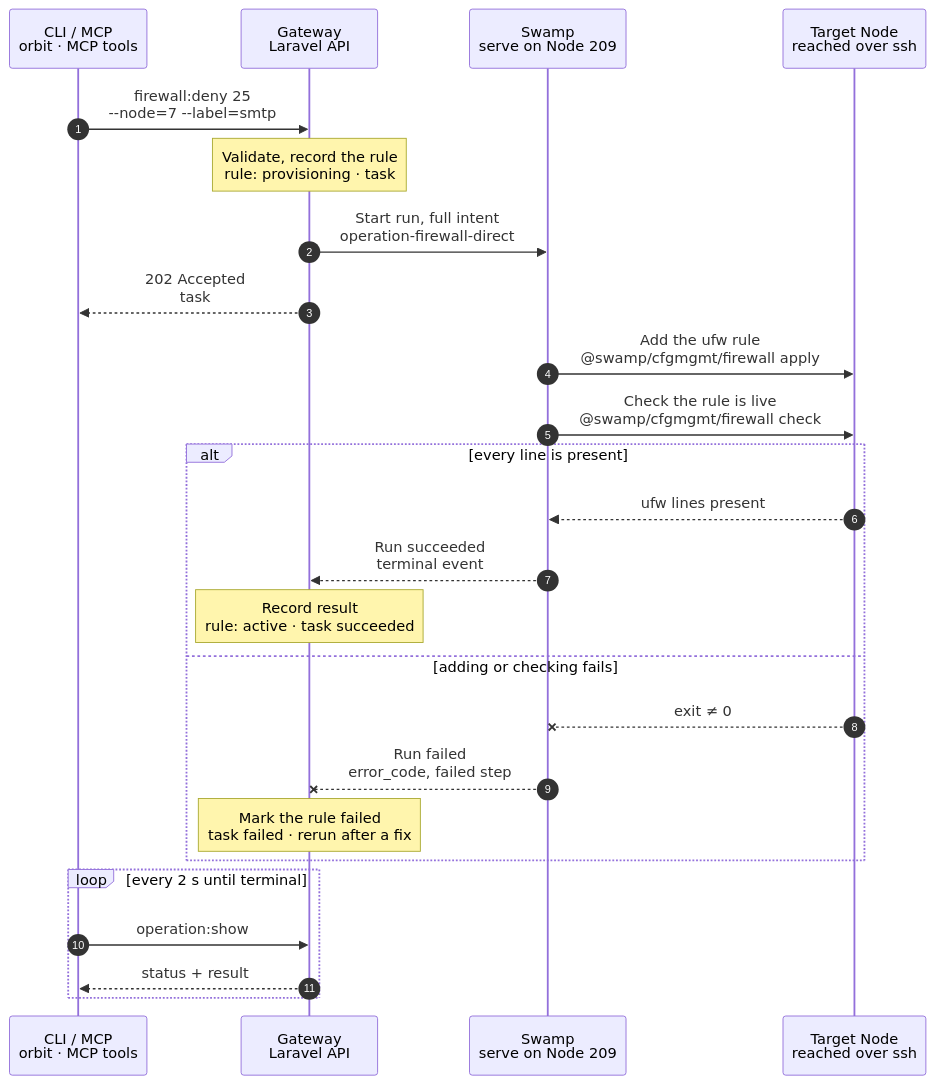
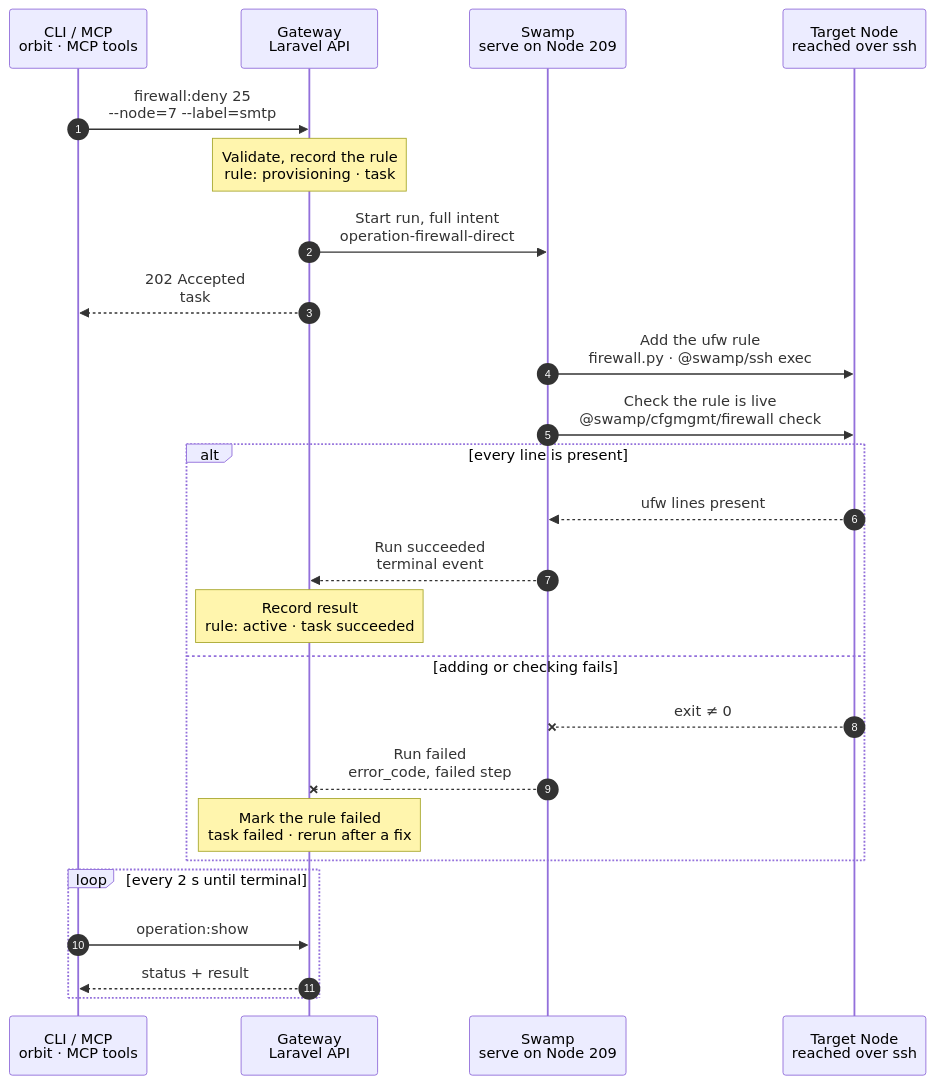
Before and after one commit to hardimpactdev/orbit: the diagram in docs/cli/firewall/deny.mmd, drawn with Mermaid. The commit also changed 1 other file, not shown here.

Commit message:
docs(cli): tighten2 wave 0 charts (firewall.allow, firewall.deny)
Nick's flow-tighten pass 2 target charts from designs/tighten2, with their %% kind: lines.

```diff
--- a/docs/cli/firewall/deny.mmd
+++ b/docs/cli/firewall/deny.mmd
@@ -1,105 +1,110 @@
 sequenceDiagram
   %% Target design: ADR 0244 task, ADR 0241 allowlists, DECISIONS R1-R4 + 5 (process.stop shape, shared SSH identity).
+  %% Tightened: flow-tighten 2026-11-02, rule 22 (firewall.py is the one named gap: cfgmgmt firewall has no insert position).
   %% status: reviewed
   %% command: firewall:deny
   %% kind: firewall.deny
   autonumber
   %% lane CLI icon=terminal pill=caller tone=gray
   %% lane GW icon=gateway pill=intent tone=blue
   %% lane SW icon=workflow pill=executes tone=green
   %% lane N icon=server pill=target tone=amber
   participant CLI as CLI / MCP<br/>orbit · MCP tools
   participant GW as Gateway<br/>Laravel API
   participant SW as Swamp<br/>serve on Node 209
   participant N as Target Node<br/>reached over ssh
   CLI->>GW: firewall:deny 25<br/>--node=7 --label=smtp
   %%> Command:
   %%> - `orbit firewall:deny 25 --node=7 --label=smtp`
   %%> - syntax: `<port> --node=ID [--from=SOURCE] [--protocol=tcp|udp] [--label=TEXT]`
   %%> Input:
   %%> - the port as the argument: a number such as `25`, or a range such as `8000:8100`
   %%> - the Node, and optionally the source address and the protocol
   %%> - optionally a label or short description, for example `smtp`
   %%> Not accepted:
   %%> - service names such as `smtp` as the port
   %%> Who can call it:
   %%> - the `orbit` CLI and the MCP tool send the same request
   Note over GW: Validate, record the rule<br/>rule: provisioning · task #5132
   %%> Requirements:
   %%> - your Node has an access grant to Node 7
   %%> - Node 7 is an active Linux Node
   %%> - the port and source are valid
   %%> - Node 7 has no rule yet for the same port, protocol and source
   %%> - no opposite rule for the same port, protocol and source; an allow and a deny for exactly the same scope is refused (`firewall.rule_conflict`)
   %%> Allowed:
   %%> - overlapping rules with a different scope, for example deny `5432` from anywhere plus allow `5432` from one IP
   %%> - the port is not protected: SSH (22 and the recovery port), the WireGuard port, and the ports Orbit's own roles need can't be denied, so you can't cut a Node off
   %%> - no allow rule on Node 7 uses the same port, protocol and source
   %%> - no other firewall change runs on Node 7; the Gateway holds one lock per Node
   %%> Result:
   %%> - the rule for port 25 recorded with status provisioning
   %%> - task #5132 recorded with the full intent
   %%> - nothing has happened on the Node yet
   GW->>SW: Start run, full intent<br/>operation-firewall-direct
   %%> What it does:
   %%> - starts one Swamp run on serve (Node 209)
   %%> Inputs:
   %%> - the rule as exact ufw lines: port, protocol, source, direction
   %%> - Node 7's address and SSH host keys; the SSH identity comes from the `swamp` role
   GW-->>CLI: 202 Accepted<br/>task #5132
   %%> What you get:
   %%> - the task number, at once
   %%> Next:
   %%> - the CLI follows the task with `operation:show`
-  SW->>N: Add the ufw rule<br/>@swamp/cfgmgmt/firewall apply
+  SW->>N: Add the ufw rule<br/>firewall.py · @swamp/ssh exec
   %%> How:
-  %%> - Swamp reaches Node 7 over SSH from 209, with the official `@swamp/cfgmgmt/firewall` behavior
+  %%> - Swamp reaches Node 7 over SSH from 209
+  %%> - `firewall.py` is sent as one `python3 -I -c` argument; nothing is copied to the Node
+  %%> Why a script:
+  %%> - the one named gap: `@swamp/cfgmgmt/firewall` cannot insert a rule at a position, and ufw stops at the first match
   %%> What it does:
   %%> - adds one ufw deny line per port and protocol, commented with its label
   %%> Order:
   %%> - narrower rules go above broader ones, allow or deny, so an exception such as one IP wins over a rule for anywhere
   %%> - ufw stops at the first match, so Orbit sets this order on every change
   %%> - all operator rules sit above Orbit's own broad rules, such as WireGuard peer trust, so a deny on a port also applies to WireGuard peers
   %%> - an existing identical line is left as it is
+  %%> - reads ufw back after the insert and exits non-zero when the order is wrong
   SW->>N: Check the rule is live<br/>@swamp/cfgmgmt/firewall check
   %%> What it does:
   %%> - reads ufw back and checks every expected line is present
-  %%> - checks that narrower rules sit above broader ones for the same port
+  %%> - the order (narrower above broader) is read back by `firewall.py` in the step before
   %%> Why:
   %%> - the rule only counts as active when ufw shows it
   alt every line is present
     N-->>SW: ufw lines present
     %%> Returns:
     %%> - the check passed for every line
     SW-->>GW: Run succeeded<br/>terminal event
     %%> How the Gateway learns it:
     %%> - its shared run reader sees the terminal event; Swamp never calls the Gateway
     Note over GW: Record result<br/>rule: active · task succeeded
     %%> Result:
     %%> - the rule for port 25 becomes active
     %%> - task #5132 succeeds
   else adding or checking fails
     N--xSW: exit ≠ 0
     %%> When:
     %%> - ufw refuses the line, SSH fails, or a line is missing after the add
     SW--xGW: Run failed<br/>error_code, failed step
     %%> The Gateway reads:
     %%> - which step failed and its error code
     Note over GW: Mark the rule failed<br/>task failed · rerun after a fix
     %%> Result:
     %%> - the rule for port 25 is marked failed, so you can see it
     %%> - task #5132 fails
     %%> On the Node:
     %%> - lines added before the failure stay; there is no rollback
     %%> - that is safe: the rule is marked failed, and a rerun skips lines that already exist
     %%> Retry:
     %%> - run the same command again after fixing the cause; it is a new task
   end
   loop every 2 s until terminal
     CLI->>GW: operation:show #5132
     %%> What it does:
     %%> - asks for the task's status every 2 seconds until it has ended
     GW-->>CLI: status + result
     %%> Returns:
     %%> - the current status, and the result once the task has ended
   end
```
